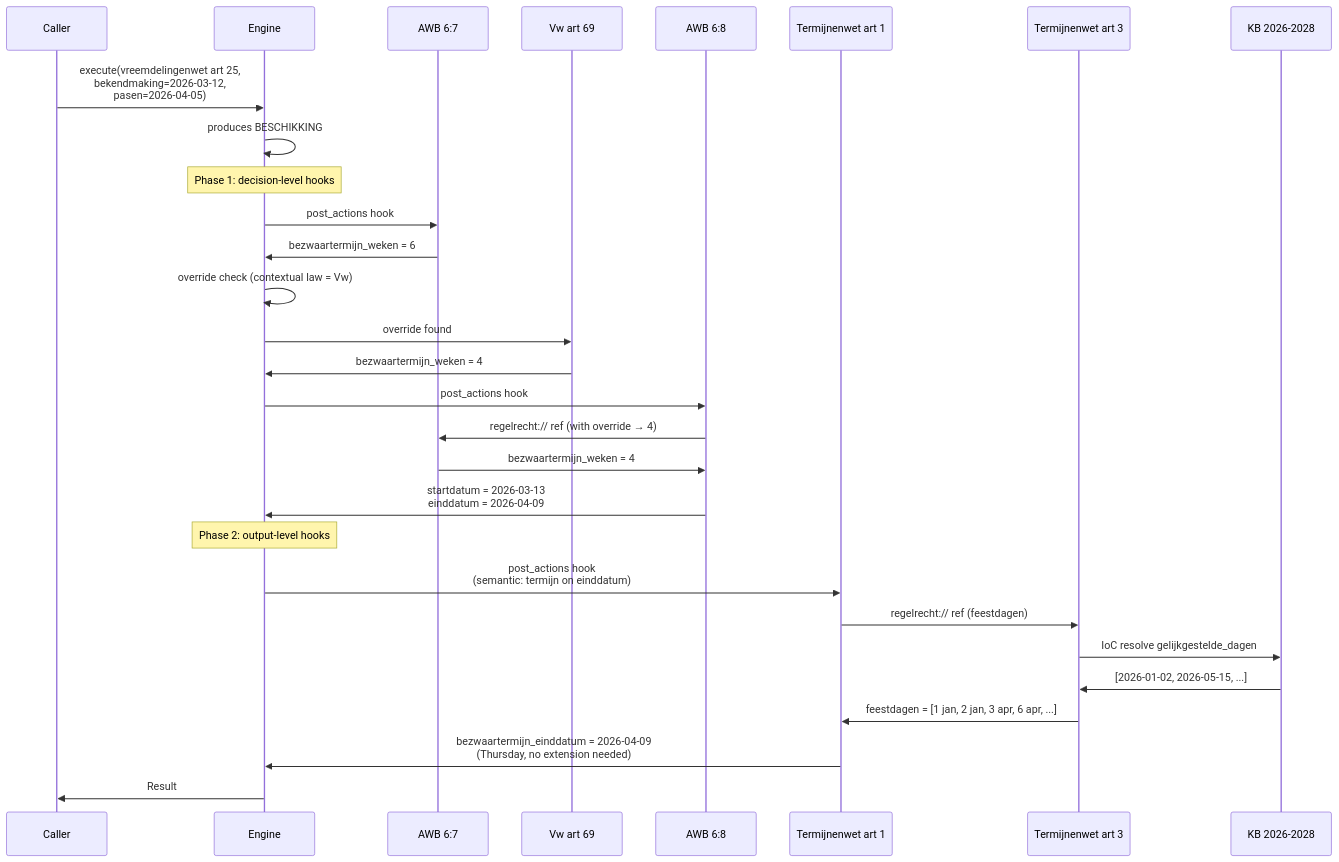
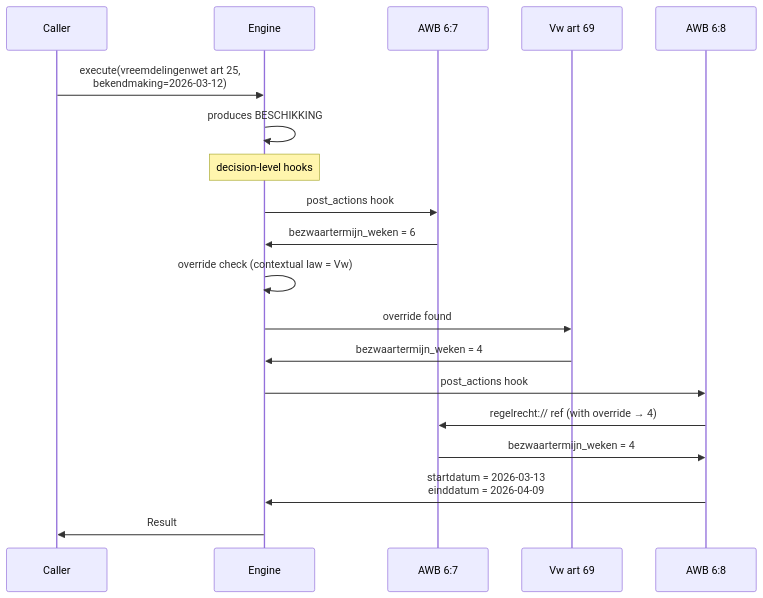
One commit to MinBZK/regelrecht changed the fourth of 4 diagrams in docs/rfcs/rfc-007.md. Above: the diagram before and after it, drawn with Mermaid. The commit also changed other lines of this file, not shown here.

````diff
--- a/docs/rfcs/rfc-007.md
+++ b/docs/rfcs/rfc-007.md
@@ -575,38 +496,25 @@
 ```mermaid
 sequenceDiagram
     participant Caller
     participant Engine
     participant AWB_67 as AWB 6:7
     participant Vw69 as Vw art 69
     participant AWB_68 as AWB 6:8
-    participant TW1 as Termijnenwet art 1
-    participant TW3 as Termijnenwet art 3
-    participant KB as KB 2026-2028
-
-    Caller->>Engine: execute(vreemdelingenwet art 25,<br/>bekendmaking=2026-03-12,<br/>pasen=2026-04-05)
+    Caller->>Engine: execute(vreemdelingenwet art 25,<br/>bekendmaking=2026-03-12)
     Engine->>Engine: produces BESCHIKKING
 
-    Note over Engine: Phase 1: decision-level hooks
+    Note over Engine: decision-level hooks
 
     Engine->>AWB_67: post_actions hook
     AWB_67->>Engine: bezwaartermijn_weken = 6
     Engine->>Engine: override check (contextual law = Vw)
     Engine->>Vw69: override found
     Vw69->>Engine: bezwaartermijn_weken = 4
 
     Engine->>AWB_68: post_actions hook
     AWB_68->>AWB_67: regelrecht:// ref (with override → 4)
     AWB_67->>AWB_68: bezwaartermijn_weken = 4
     AWB_68->>Engine: startdatum = 2026-03-13<br/>einddatum = 2026-04-09
 
-    Note over Engine: Phase 2: output-level hooks
-
-    Engine->>TW1: post_actions hook<br/>(semantic: termijn on einddatum)
-    TW1->>TW3: regelrecht:// ref (feestdagen)
-    TW3->>KB: IoC resolve gelijkgestelde_dagen
-    KB->>TW3: [2026-01-02, 2026-05-15, ...]
-    TW3->>TW1: feestdagen = [1 jan, 2 jan, 3 apr, 6 apr, ...]
-    TW1->>Engine: bezwaartermijn_einddatum = 2026-04-09<br/>(Thursday, no extension needed)
-
     Engine->>Caller: Result
 ```
````
